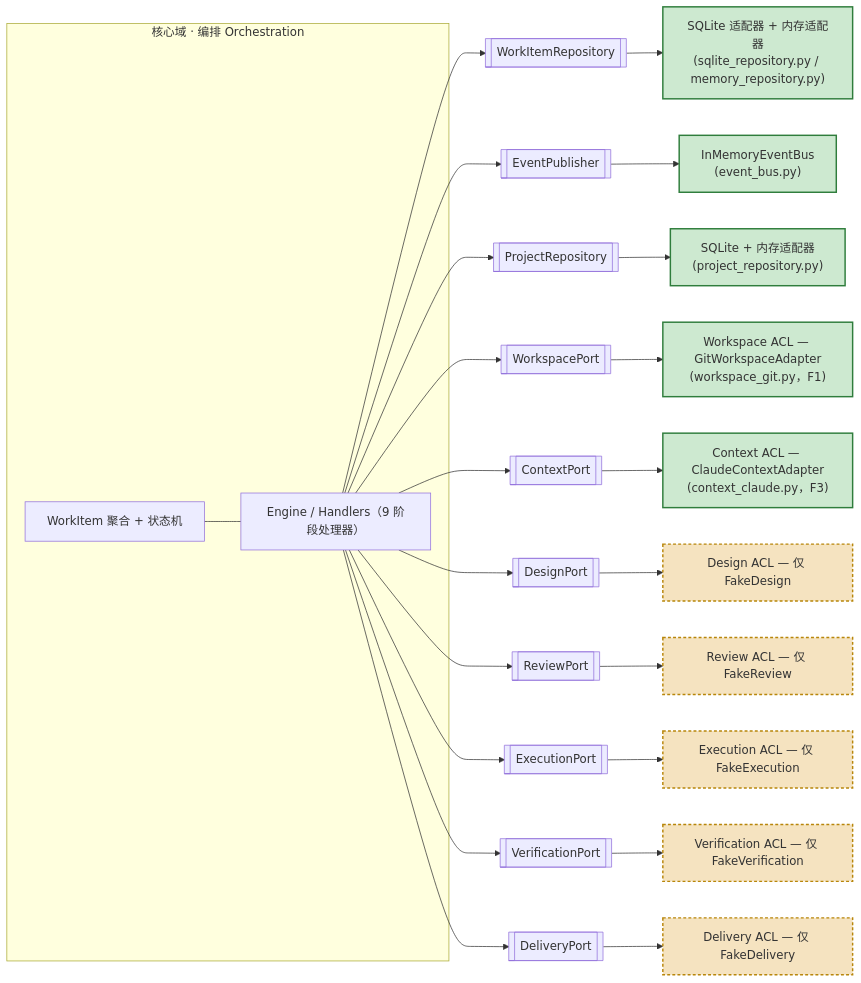
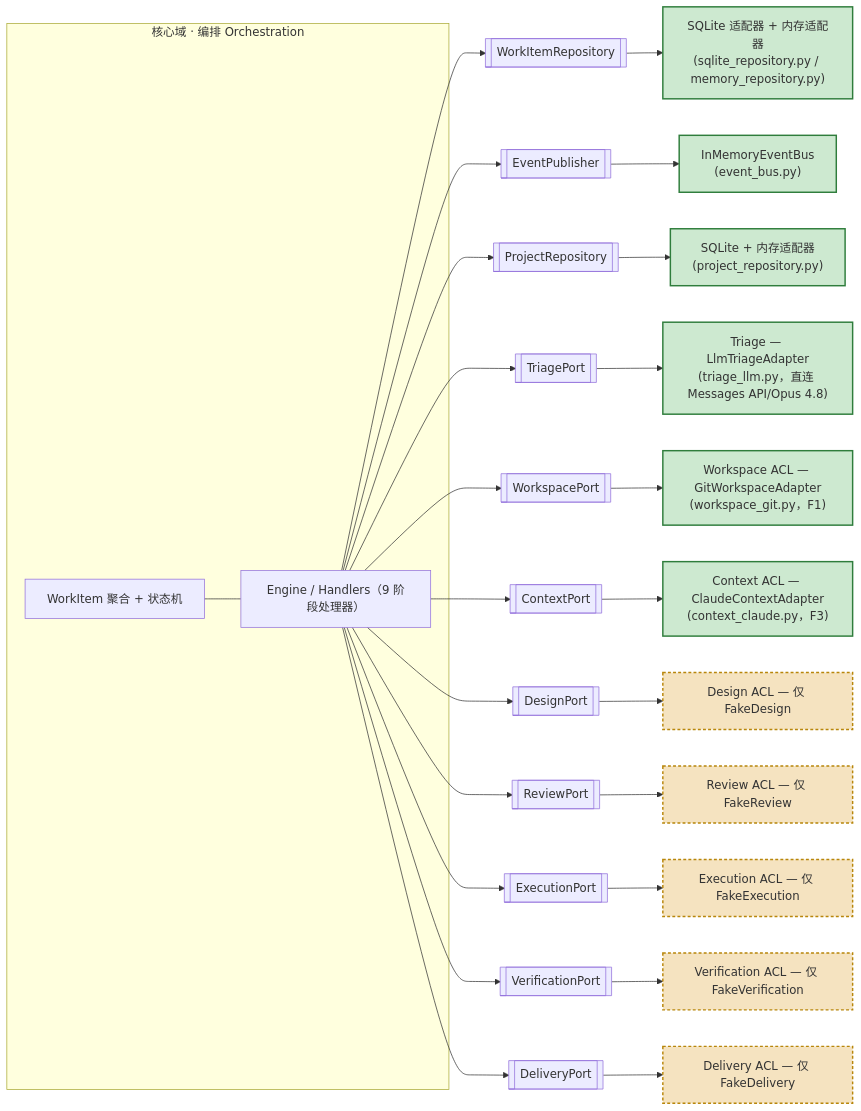
Before and after one commit to wang14597/autodev: the first of 5 diagrams in docs/architecture/diagrams.md, drawn with Mermaid. The commit also changed other lines of this file and 1 other file, not shown here.

First line of the commit message:
docs: 分诊图/README 对齐 LLM 分诊 + 自主开关 + CONTEXT_GATE

````diff
--- a/docs/architecture/diagrams.md
+++ b/docs/architecture/diagrams.md
@@ -10,33 +10,35 @@
 ```mermaid
 flowchart LR
     subgraph CORE["核心域 · 编排 Orchestration"]
         WI["WorkItem 聚合 + 状态机"]
         ENGINE["Engine / Handlers（9 阶段处理器）"]
         WI --- ENGINE
     end
 
     ENGINE --> P1[["WorkItemRepository"]]
     ENGINE --> P2[["EventPublisher"]]
     ENGINE --> P10[["ProjectRepository"]]
+    ENGINE --> P11[["TriagePort"]]
     ENGINE --> P3[["WorkspacePort"]]
     ENGINE --> P4[["ContextPort"]]
     ENGINE --> P5[["DesignPort"]]
     ENGINE --> P6[["ReviewPort"]]
     ENGINE --> P7[["ExecutionPort"]]
     ENGINE --> P8[["VerificationPort"]]
     ENGINE --> P9[["DeliveryPort"]]
 
     P1 --> A1["SQLite 适配器 + 内存适配器<br/>(sqlite_repository.py / memory_repository.py)"]:::impl
     P2 --> A2["InMemoryEventBus<br/>(event_bus.py)"]:::impl
     P10 --> A10["SQLite + 内存适配器<br/>(project_repository.py)"]:::impl
+    P11 --> A11["Triage — LlmTriageAdapter<br/>(triage_llm.py，直连 Messages API/Opus 4.8)"]:::impl
     P3 --> A3["Workspace ACL — GitWorkspaceAdapter<br/>(workspace_git.py，F1)"]:::impl
     P4 --> A4["Context ACL — ClaudeContextAdapter<br/>(context_claude.py，F3)"]:::impl
     P5 --> A5["Design ACL — 仅 FakeDesign"]:::fake
     P6 --> A6["Review ACL — 仅 FakeReview"]:::fake
     P7 --> A7["Execution ACL — 仅 FakeExecution"]:::fake
     P8 --> A8["Verification ACL — 仅 FakeVerification"]:::fake
     P9 --> A9["Delivery ACL — 仅 FakeDelivery"]:::fake
 
     classDef impl fill:#cde9d0,stroke:#2f7d3c,stroke-width:2px;
     classDef fake fill:#f5e3c0,stroke:#b8860b,stroke-width:2px,stroke-dasharray: 4 3;
 ```
````
